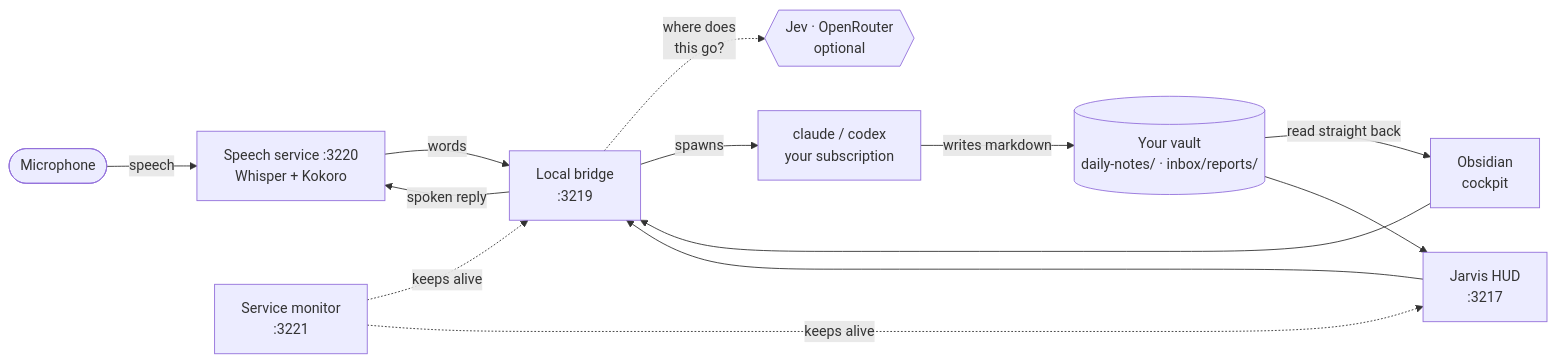
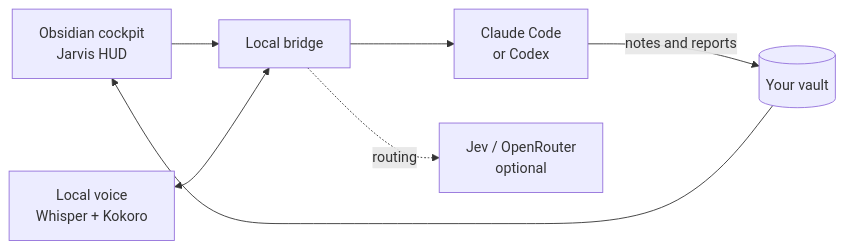
One commit to ctskool/agentic-os-starter-v2 changed the diagram in README.md. Above: the diagram before and after it, drawn with Mermaid. The commit also changed other lines of this file and 5 other files, not shown here.

````diff
--- a/README.md
+++ b/README.md
@@ -125,18 +60,9 @@
 ```mermaid
 flowchart LR
-    MIC(["Microphone"]) -- speech --> SPEECH
-    OBS["Obsidian<br/>cockpit"] --> BRIDGE
-    HUD["Jarvis HUD<br/>:3217"] --> BRIDGE
-    SPEECH["Speech service :3220<br/>Whisper + Kokoro"] -- words --> BRIDGE
-
-    BRIDGE["Local bridge<br/>:3219"] -. "where does<br/>this go?" .-> JEV{{"Jev · OpenRouter<br/>optional"}}
-    BRIDGE -- spoken reply --> SPEECH
-    BRIDGE -- spawns --> CLI["claude / codex<br/>your subscription"]
-
-    CLI -- "writes markdown" --> VAULT[("Your vault<br/>daily-notes/ · inbox/reports/")]
-    VAULT -- "read straight back" --> OBS
-    VAULT --> HUD
-
-    MON["Service monitor<br/>:3221"] -. keeps alive .-> BRIDGE
-    MON -. keeps alive .-> HUD
+    UI["Obsidian cockpit<br/>Jarvis HUD"] --> B["Local bridge"]
+    B --> A["Claude Code<br/>or Codex"]
+    A -- "notes and reports" --> V[("Your vault")]
+    V --> UI
+    S["Local voice<br/>Whisper + Kokoro"] <--> B
+    B -. "routing" .-> J["Jev / OpenRouter<br/>optional"]
 ```
````
